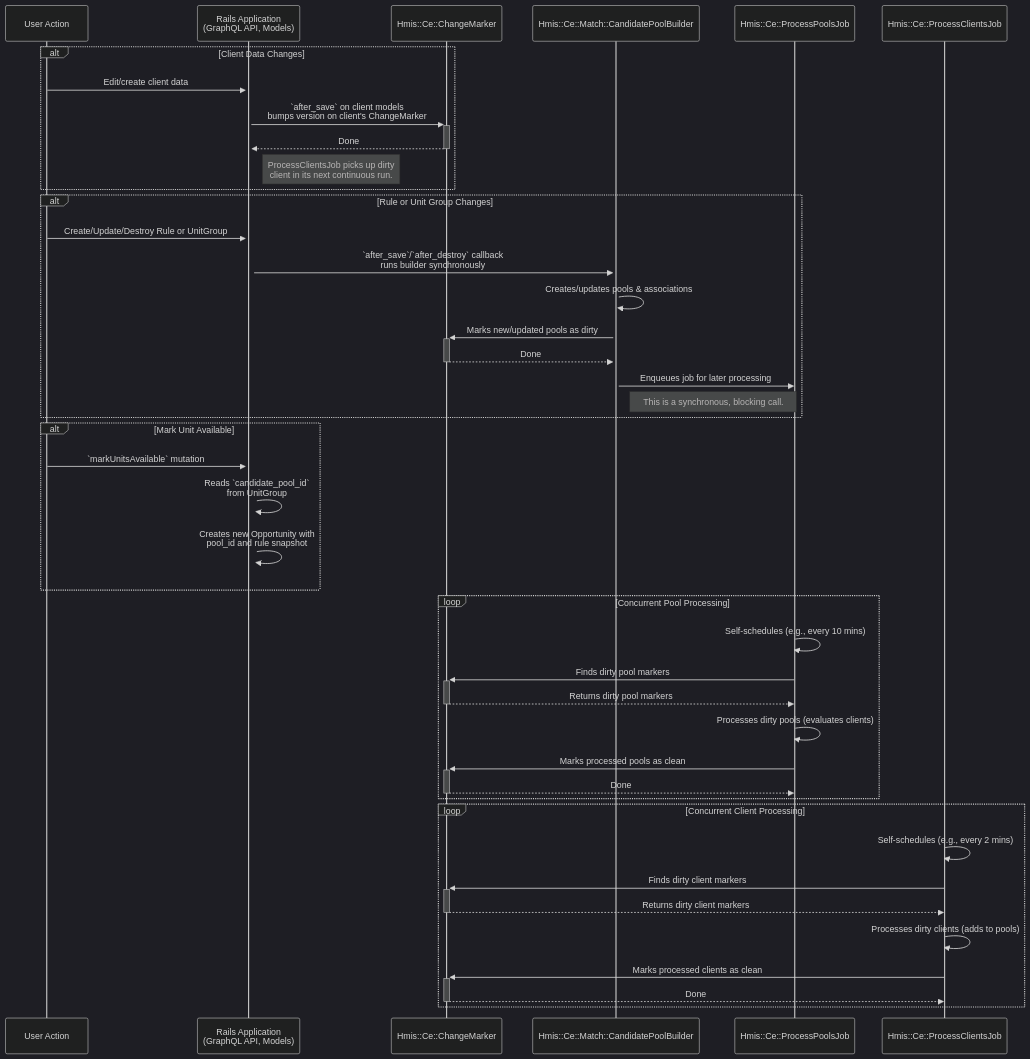
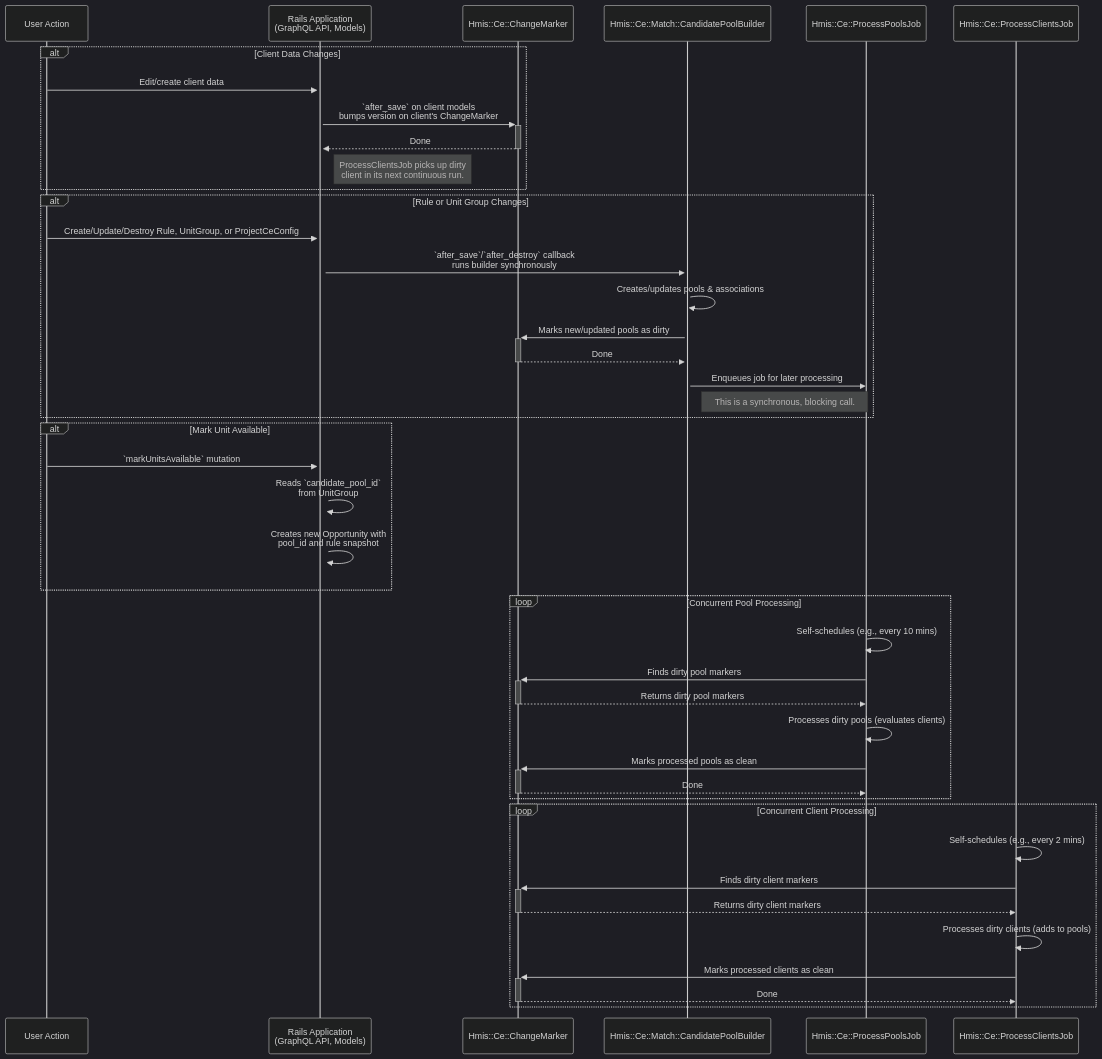
The diagram in drivers/hmis/app/models/hmis/ce/README_FOR_CE_PROCESSING.md (greenriver/hmis-warehouse), drawn with Mermaid (dark theme) before and after one commit. The commit also changed other lines of this file and 1 other file, not shown here.

Commit message:
Update READMEs

````diff
--- a/drivers/hmis/app/models/hmis/ce/README_FOR_CE_PROCESSING.md
+++ b/drivers/hmis/app/models/hmis/ce/README_FOR_CE_PROCESSING.md
@@ -35,50 +35,50 @@
 ```mermaid
 sequenceDiagram
     participant UserAction as User Action
     participant RailsApp as Rails Application<br>(GraphQL API, Models)
     participant ChangeMarker as Hmis::Ce::ChangeMarker
     participant CandidatePoolBuilder as Hmis::Ce::Match::CandidatePoolBuilder
     participant ProcessPoolsJob as Hmis::Ce::ProcessPoolsJob
     participant ProcessClientsJob as Hmis::Ce::ProcessClientsJob
 
     alt Client Data Changes
         UserAction->>+RailsApp: Edit/create client data
         RailsApp->>+ChangeMarker: `after_save` on client models<br>bumps version on client's ChangeMarker
         ChangeMarker-->>-RailsApp: Done
         Note right of RailsApp: ProcessClientsJob picks up dirty<br>client in its next continuous run.
     end
 
     alt Rule or Unit Group Changes
-        UserAction->>+RailsApp: Create/Update/Destroy Rule or UnitGroup
+        UserAction->>+RailsApp: Create/Update/Destroy Rule, UnitGroup, or ProjectCeConfig
         RailsApp->>+CandidatePoolBuilder: `after_save`/`after_destroy` callback<br>runs builder synchronously
         CandidatePoolBuilder->>CandidatePoolBuilder: Creates/updates pools & associations
         CandidatePoolBuilder->>+ChangeMarker: Marks new/updated pools as dirty
         ChangeMarker-->>-CandidatePoolBuilder: Done
         CandidatePoolBuilder->>ProcessPoolsJob: Enqueues job for later processing
         Note right of CandidatePoolBuilder: This is a synchronous, blocking call.
     end
 
     alt Mark Unit Available
         UserAction->>+RailsApp: `markUnitsAvailable` mutation
         RailsApp->>RailsApp: Reads `candidate_pool_id`<br>from UnitGroup
         RailsApp->>RailsApp: Creates new Opportunity with<br>pool_id and rule snapshot
     end
 
     loop Concurrent Pool Processing
         ProcessPoolsJob->>ProcessPoolsJob: Self-schedules (e.g., every 10 mins)
         ProcessPoolsJob->>+ChangeMarker: Finds dirty pool markers
         ChangeMarker-->>-ProcessPoolsJob: Returns dirty pool markers
         ProcessPoolsJob->>ProcessPoolsJob: Processes dirty pools (evaluates clients)
         ProcessPoolsJob->>+ChangeMarker: Marks processed pools as clean
         ChangeMarker-->>-ProcessPoolsJob: Done
     end
 
     loop Concurrent Client Processing
         ProcessClientsJob->>ProcessClientsJob: Self-schedules (e.g., every 2 mins)
         ProcessClientsJob->>+ChangeMarker: Finds dirty client markers
         ChangeMarker-->>-ProcessClientsJob: Returns dirty client markers
         ProcessClientsJob->>ProcessClientsJob: Processes dirty clients (adds to pools)
         ProcessClientsJob->>+ChangeMarker: Marks processed clients as clean
         ChangeMarker-->>-ProcessClientsJob: Done
     end
 ```
````
